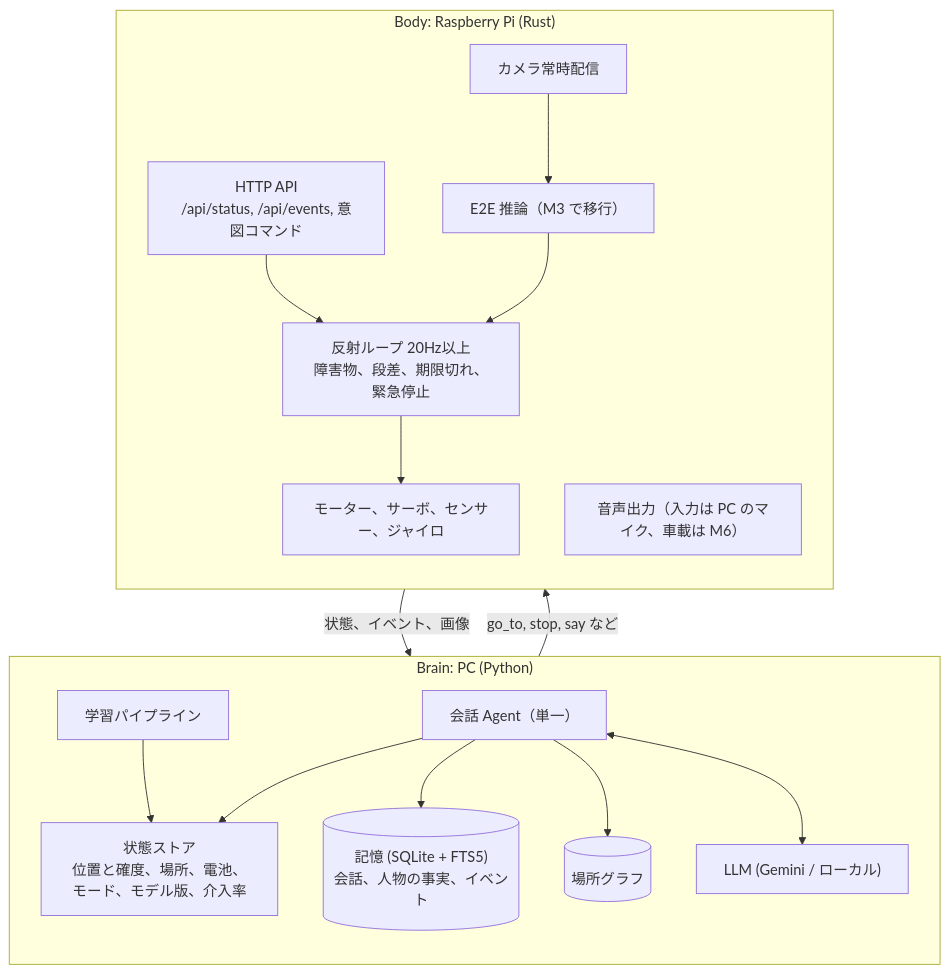
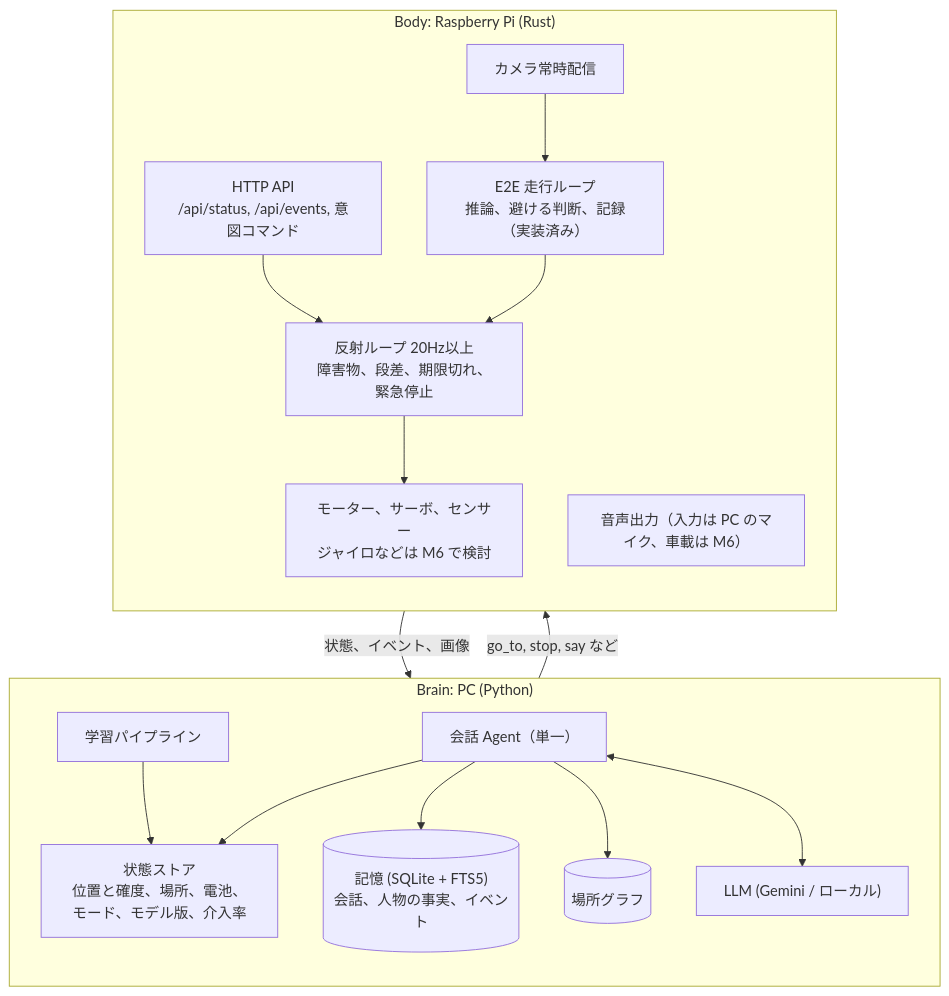
The diagram in agentic_ai_architecture_policy.md (Yuyta/E2E_Driving_PicarX_rspi), drawn with Mermaid before and after one commit. The commit also changed other lines of this file and 5 other files, not shown here.

First line of the commit message:
docs: reorder the roadmap around the equipment review and shorten it

````diff
--- a/agentic_ai_architecture_policy.md
+++ b/agentic_ai_architecture_policy.md
@@ -24,36 +24,36 @@
 ```mermaid
 flowchart TB
     subgraph Brain["Brain: PC (Python)"]
         direction TB
         Agent["会話 Agent（単一）"]
         State["状態ストア<br>位置と確度、場所、電池、モード、モデル版、介入率"]
         Memory[("記憶 (SQLite + FTS5)<br>会話、人物の事実、イベント")]
         Places[("場所グラフ")]
         Train["学習パイプライン"]
         LLM["LLM (Gemini / ローカル)"]
 
         Agent --> State
         Agent --> Memory
         Agent --> Places
         Agent <--> LLM
         Train --> State
     end
 
     subgraph Body["Body: Raspberry Pi (Rust)"]
         direction TB
         API["HTTP API<br>/api/status, /api/events, 意図コマンド"]
         Reflex["反射ループ 20Hz以上<br>障害物、段差、期限切れ、緊急停止"]
-        Drive["E2E 推論（M3 で移行）"]
+        Drive["E2E 走行ループ<br>推論、避ける判断、記録（実装済み）"]
         Camera["カメラ常時配信"]
         Audio["音声出力（入力は PC のマイク、車載は M6）"]
-        HW["モーター、サーボ、センサー、ジャイロ"]
+        HW["モーター、サーボ、センサー<br>ジャイロなどは M6 で検討"]
 
         API --> Reflex
         Drive --> Reflex
         Camera --> Drive
         Reflex --> HW
     end
 
     Agent -- "go_to, stop, say など" --> API
     API -- "状態、イベント、画像" --> State
 ```
````
